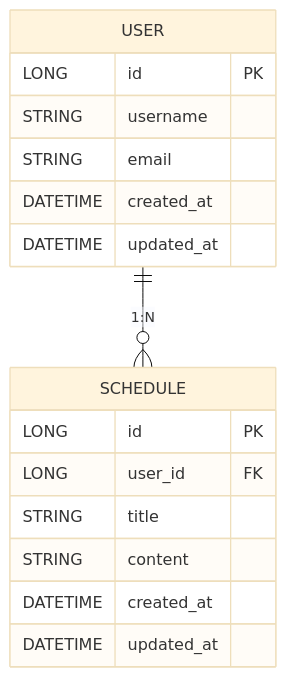
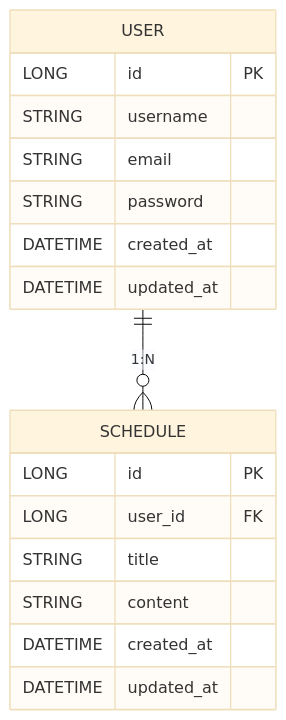
The diagram in README.md (ChoiT815/schedule-dev), drawn with Mermaid (base theme) before and after one commit.

Commit message:
docs: ERD User 테이블 password 필드 추가

````diff
--- a/README.md
+++ b/README.md
@@ -45,21 +45,22 @@
 ```mermaid
 erDiagram
     USER {
         LONG id PK
         STRING username
         STRING email
+        STRING password
         DATETIME created_at
         DATETIME updated_at
     }
 
     SCHEDULE {
         LONG id PK
         LONG user_id FK
         STRING title
         STRING content
         DATETIME created_at
         DATETIME updated_at
     }
 
     USER ||--o{ SCHEDULE : "1:N"
 ```
````
